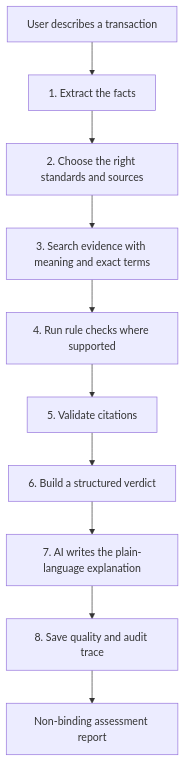
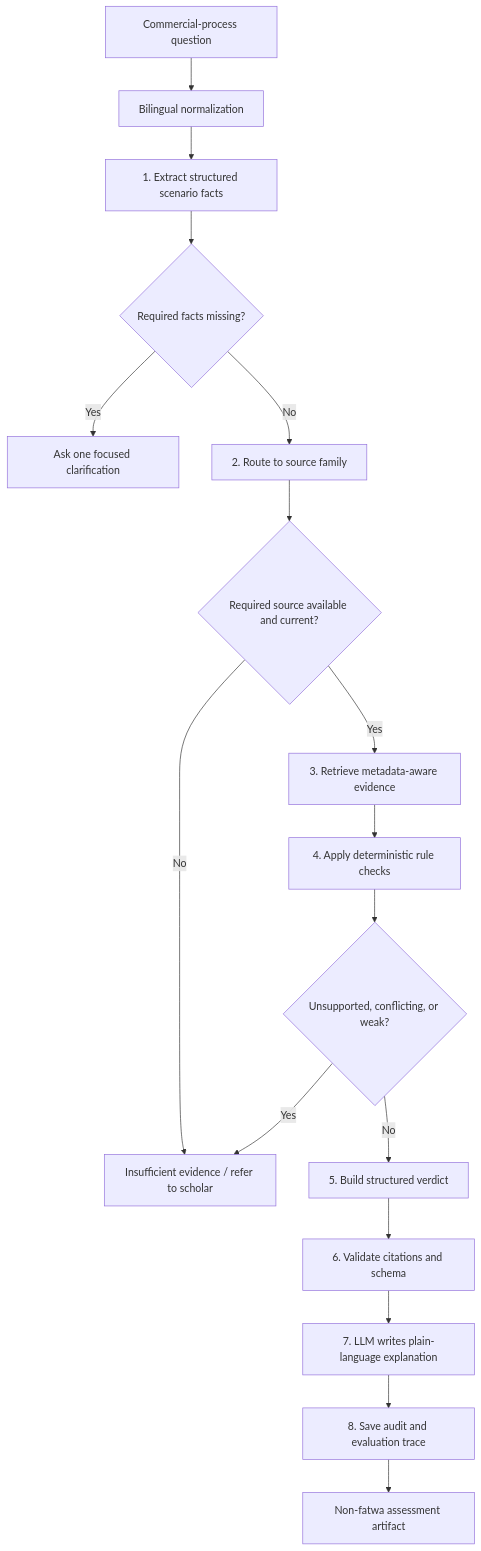
Before and after one commit to AhmedTElKodsh/Mushir-Sharia-Bot: diagram 14 of 19 in docs/client-plain-language-logic.md, drawn with Mermaid. The commit also changed other lines of this file, not shown here.

Commit message:
Enhance client plain-language project report with visuals

````diff
--- a/docs/client-plain-language-logic.md
+++ b/docs/client-plain-language-logic.md
@@ -250,12 +613,19 @@
 ```mermaid
 flowchart TD
-    User["User describes a transaction"] --> Facts["1. Extract the facts"]
-    Facts --> Route["2. Choose the right standards and sources"]
-    Route --> Search["3. Search evidence with meaning and exact terms"]
-    Search --> Checks["4. Run rule checks where supported"]
-    Checks --> Cite["5. Validate citations"]
-    Cite --> Verdict["6. Build a structured verdict"]
-    Verdict --> Explain["7. AI writes the plain-language explanation"]
-    Explain --> Trace["8. Save quality and audit trace"]
-    Trace --> Report["Non-binding assessment report"]
+    User["Commercial-process question"] --> Normalize["Bilingual normalization"]
+    Normalize --> Scenario["1. Extract structured scenario facts"]
+    Scenario --> Missing{"Required facts missing?"}
+    Missing -- "Yes" --> Ask["Ask one focused clarification"]
+    Missing -- "No" --> Router["2. Route to source family"]
+    Router --> Source{"Required source available and current?"}
+    Source -- "No" --> Gap["Insufficient evidence / refer to scholar"]
+    Source -- "Yes" --> Evidence["3. Retrieve metadata-aware evidence"]
+    Evidence --> Rules["4. Apply deterministic rule checks"]
+    Rules --> Conflict{"Unsupported, conflicting, or weak?"}
+    Conflict -- "Yes" --> Gap
+    Conflict -- "No" --> Verdict["5. Build structured verdict"]
+    Verdict --> Cite["6. Validate citations and schema"]
+    Cite --> Explain["7. LLM writes plain-language explanation"]
+    Explain --> Trace["8. Save audit and evaluation trace"]
+    Trace --> Output["Non-fatwa assessment artifact"]
 ```
````
